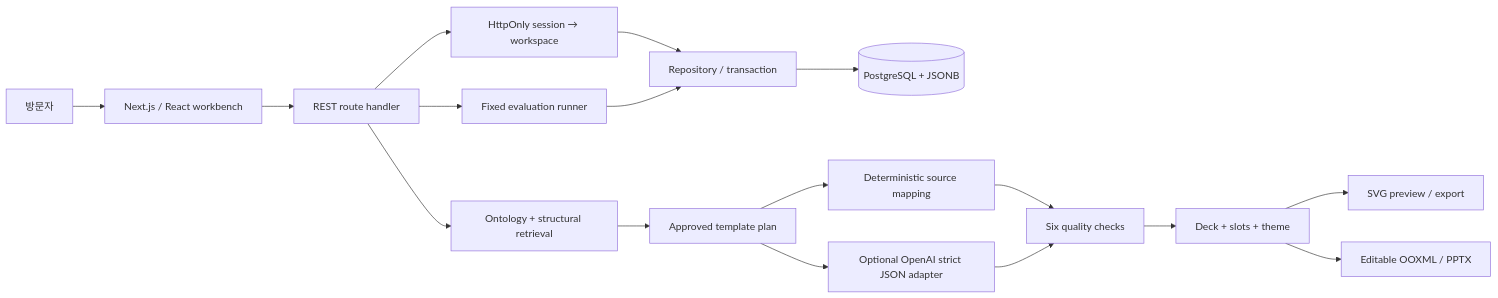
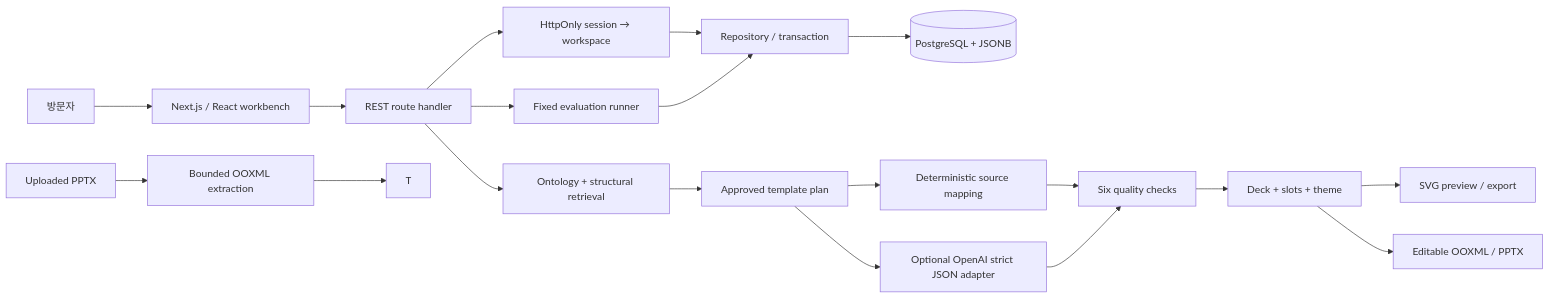
One commit to kwakhyun/slide-atlas changed the diagram in docs/architecture.md. Above: the diagram before and after it, drawn with Mermaid. The commit also changed other lines of this file and 34 other files, not shown here.

````diff
--- a/docs/architecture.md
+++ b/docs/architecture.md
@@ -3,19 +3,21 @@
 ```mermaid
 flowchart LR
   U[방문자] --> W[Next.js / React workbench]
   W --> API[REST route handler]
   API --> S[HttpOnly session → workspace]
   S --> R[Repository / transaction]
   R --> PG[(PostgreSQL + JSONB)]
   API --> Search[Ontology + structural retrieval]
   Search --> Plan[Approved template plan]
   Plan --> D[Deterministic source mapping]
   Plan --> A[Optional OpenAI strict JSON adapter]
   D --> Q[Six quality checks]
   A --> Q
   Q --> Deck[Deck + slots + theme]
   Deck --> SVG[SVG preview / export]
   Deck --> PPTX[Editable OOXML / PPTX]
+  SourcePPTX[Uploaded PPTX] --> Extract[Bounded OOXML extraction]
+  Extract --> T
   API --> E[Fixed evaluation runner]
   E --> R
 ```
````
